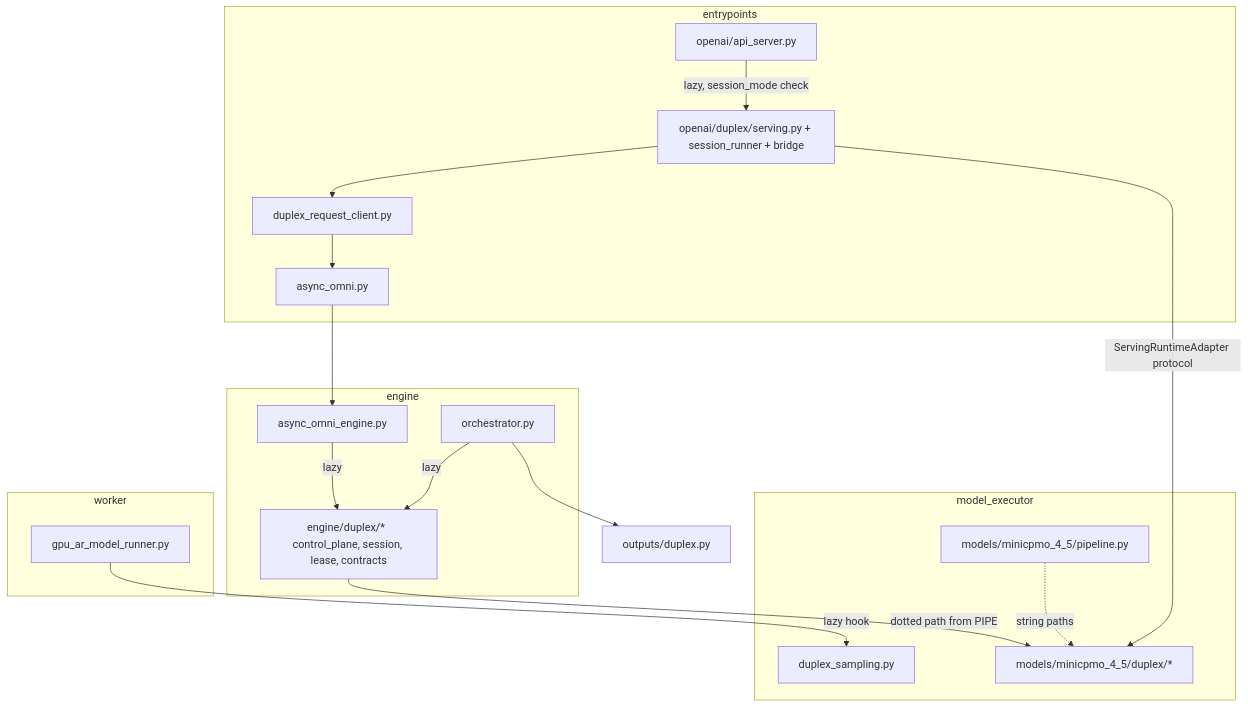
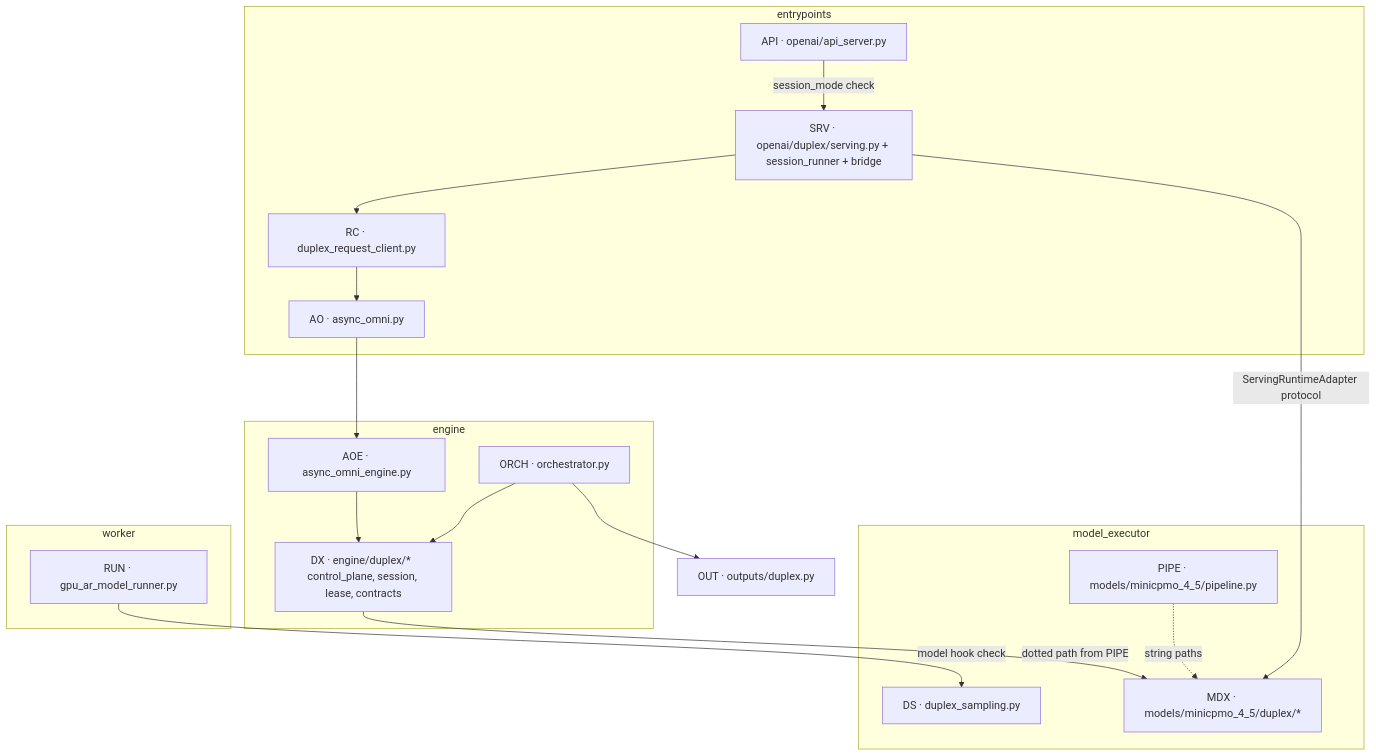
Before and after one commit to chickeyton/vllm-omni: the first of 5 diagrams in FULLDUPLEX_MIGRATION_DESIGN.md, drawn with Mermaid. The commit also changed other lines of this file and 8 other files, not shown here.

First line of the commit message:
Convert duplex lazy imports to eager top-level imports

````diff
--- a/FULLDUPLEX_MIGRATION_DESIGN.md
+++ b/FULLDUPLEX_MIGRATION_DESIGN.md
@@ -127,35 +127,35 @@
 ```mermaid
 graph TD
     subgraph entrypoints
-        API[openai/api_server.py]
-        SRV[openai/duplex/serving.py + session_runner + bridge]
-        AO[async_omni.py]
-        RC[duplex_request_client.py]
+        API[API · openai/api_server.py]
+        SRV[SRV · openai/duplex/serving.py + session_runner + bridge]
+        AO[AO · async_omni.py]
+        RC[RC · duplex_request_client.py]
     end
     subgraph engine
-        AOE[async_omni_engine.py]
-        ORCH[orchestrator.py]
-        DX[engine/duplex/*  control_plane, session, lease, contracts]
+        AOE[AOE · async_omni_engine.py]
+        ORCH[ORCH · orchestrator.py]
+        DX[DX · engine/duplex/*  control_plane, session, lease, contracts]
     end
     subgraph model_executor
-        PIPE[models/minicpmo_4_5/pipeline.py]
-        MDX[models/minicpmo_4_5/duplex/*]
-        DS[duplex_sampling.py]
+        PIPE[PIPE · models/minicpmo_4_5/pipeline.py]
+        MDX[MDX · models/minicpmo_4_5/duplex/*]
+        DS[DS · duplex_sampling.py]
     end
     subgraph worker
-        RUN[gpu_ar_model_runner.py]
+        RUN[RUN · gpu_ar_model_runner.py]
     end
-    OUT[outputs/duplex.py]
+    OUT[OUT · outputs/duplex.py]
 
-    API -->|lazy, session_mode check| SRV
+    API -->|session_mode check| SRV
     SRV --> RC
     SRV -->|ServingRuntimeAdapter protocol| MDX
     RC --> AO
     AO --> AOE
-    AOE -->|lazy| DX
-    ORCH -->|lazy| DX
+    AOE --> DX
+    ORCH --> DX
     DX -->|dotted path from PIPE| MDX
-    RUN -->|lazy hook| DS
+    RUN -->|model hook check| DS
     ORCH --> OUT
     PIPE -.->|string paths| MDX
 ```
````
